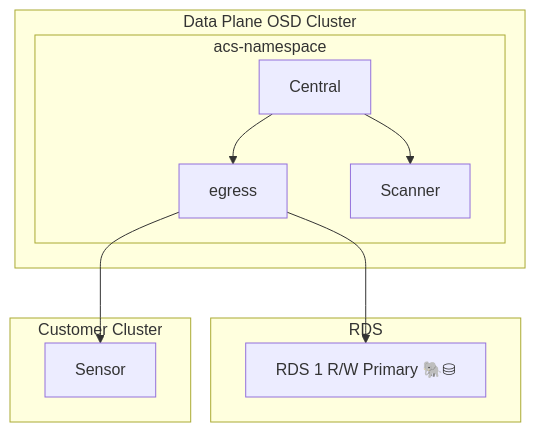
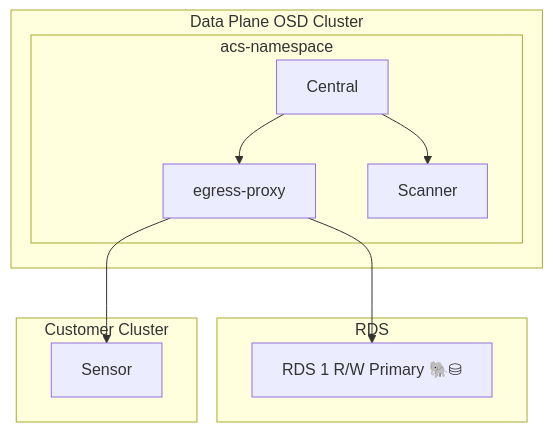
Before and after one commit to stackrox/acs-fleet-manager: the diagram in docs/architecture/images/egress_diagram.md, drawn with Mermaid.

````diff
--- a/docs/architecture/images/egress_diagram.md
+++ b/docs/architecture/images/egress_diagram.md
@@ -1,27 +1,27 @@
 ```mermaid
 
 graph
     direction LR
     subgraph RDS
             acs1rdsp["RDS 1 R/W Primary 🐘⛁"]
     end
 
     subgraph Data Plane OSD Cluster
 
         subgraph acs-namespace
             acs1central[Central]
-            acs1egress[egress]
+            acs1egress[egress-proxy]
             acs1scanner[Scanner]
         end
 
         acs1central-->acs1scanner
         acs1central-->acs1egress
         acs1egress-->acs1rdsp
     end
 
     subgraph Customer Cluster
         c1s1[Sensor]
     end
 
     acs1egress-->c1s1
 ```
````
